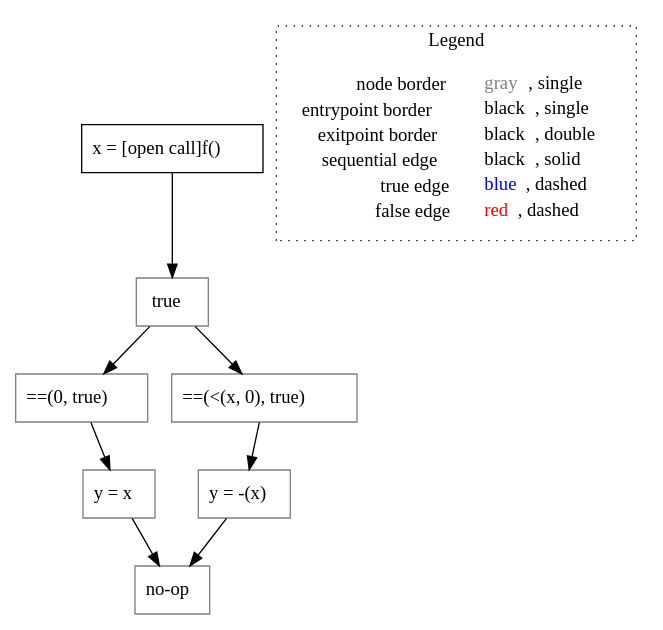
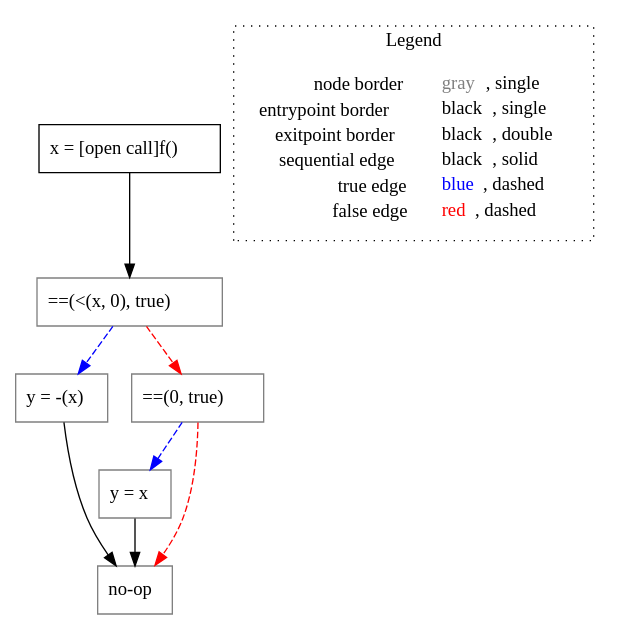
Before and after one commit to lisa-analyzer/go-lisa: the diagram in go-lisa/test-outputs/switch/untyped_noGuardWithAsg().dot, drawn with Graphviz. The commit also changed 7 other files, not shown here.

```diff
--- a/go-lisa/test-outputs/switch/untyped_noGuardWithAsg().dot
+++ b/go-lisa/test-outputs/switch/untyped_noGuardWithAsg().dot
@@ -1,23 +1,22 @@
 digraph {
 	"node0" [shape="rect",color="black",label=<x = [open call]f()>];
-	"node1" [shape="rect",color="gray",label=<==(0, true)>];
-	"node2" [shape="rect",color="gray",label=<y = x>];
-	"node3" [shape="rect",color="gray",label=<y = -(x)>];
-	"node4" [shape="rect",color="gray",label=<true>];
-	"node5" [shape="rect",color="gray",label=<no-op>];
-	"node6" [shape="rect",color="gray",label=<==(&lt;(x, 0), true)>];
-	"node1" -> "node2" [color="black"];
-	"node2" -> "node5" [color="black"];
-	"node3" -> "node5" [color="black"];
-	"node4" -> "node1" [color="black"];
-	"node4" -> "node6" [color="black"];
+	"node1" [shape="rect",color="gray",label=<y = x>];
+	"node2" [shape="rect",color="gray",label=<y = -(x)>];
+	"node3" [shape="rect",color="gray",label=<no-op>];
+	"node4" [shape="rect",color="gray",label=<==(&lt;(x, 0), true)>];
+	"node5" [shape="rect",color="gray",label=<==(0, true)>];
+	"node1" -> "node3" [color="black"];
+	"node2" -> "node3" [color="black"];
 	"node0" -> "node4" [color="black"];
-	"node6" -> "node3" [color="black"];
+	"node4" -> "node2" [color="blue",style="dashed"];
+	"node4" -> "node5" [color="red",style="dashed"];
+	"node5" -> "node1" [color="blue",style="dashed"];
+	"node5" -> "node3" [color="red",style="dashed"];
 subgraph cluster_legend {
 	label="Legend";
 	style=dotted;
 	node [shape=plaintext];
 	"legend" [label=<<table border="0" cellpadding="2" cellspacing="0" cellborder="0"><tr><td align="right">node border&nbsp;</td><td align="left"><font color="gray">gray</font>, single</td></tr><tr><td align="right">entrypoint border&nbsp;</td><td align="left"><font color="black">black</font>, single</td></tr><tr><td align="right">exitpoint border&nbsp;</td><td align="left"><font color="black">black</font>, double</td></tr><tr><td align="right">sequential edge&nbsp;</td><td align="left"><font color="black">black</font>, solid</td></tr><tr><td align="right">true edge&nbsp;</td><td align="left"><font color="blue">blue</font>, dashed</td></tr><tr><td align="right">false edge&nbsp;</td><td align="left"><font color="red">red</font>, dashed</td></tr></table>>];
 }
 
 }
```
